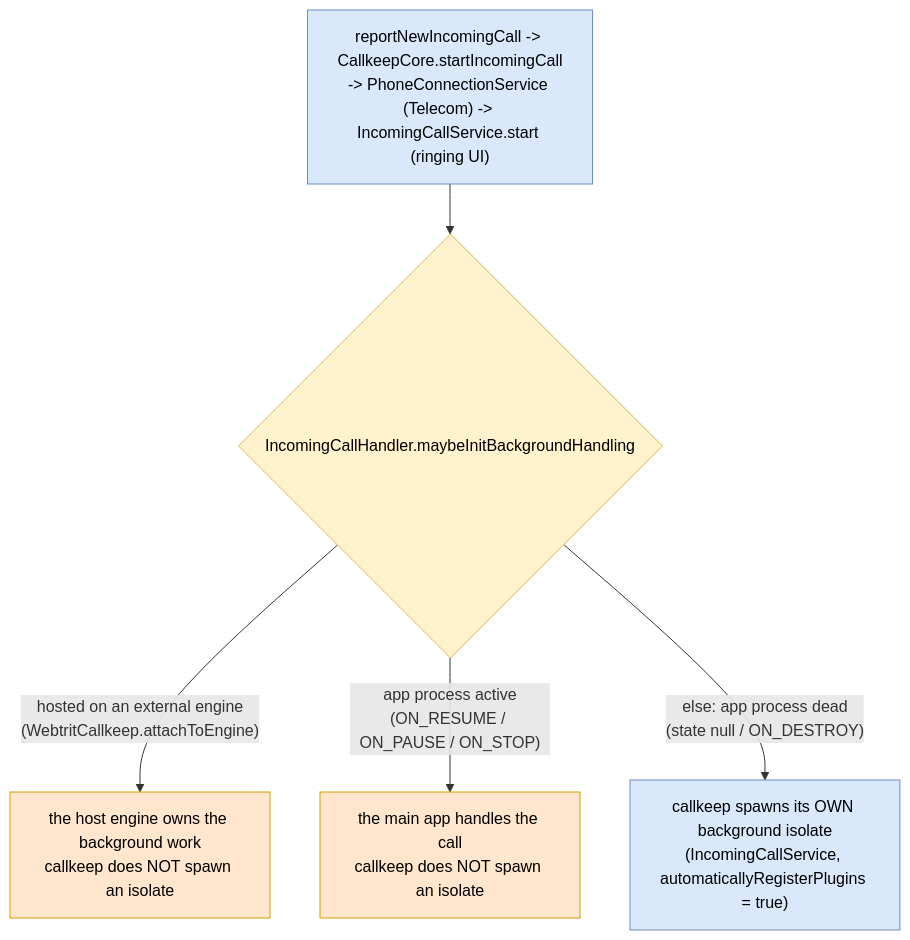
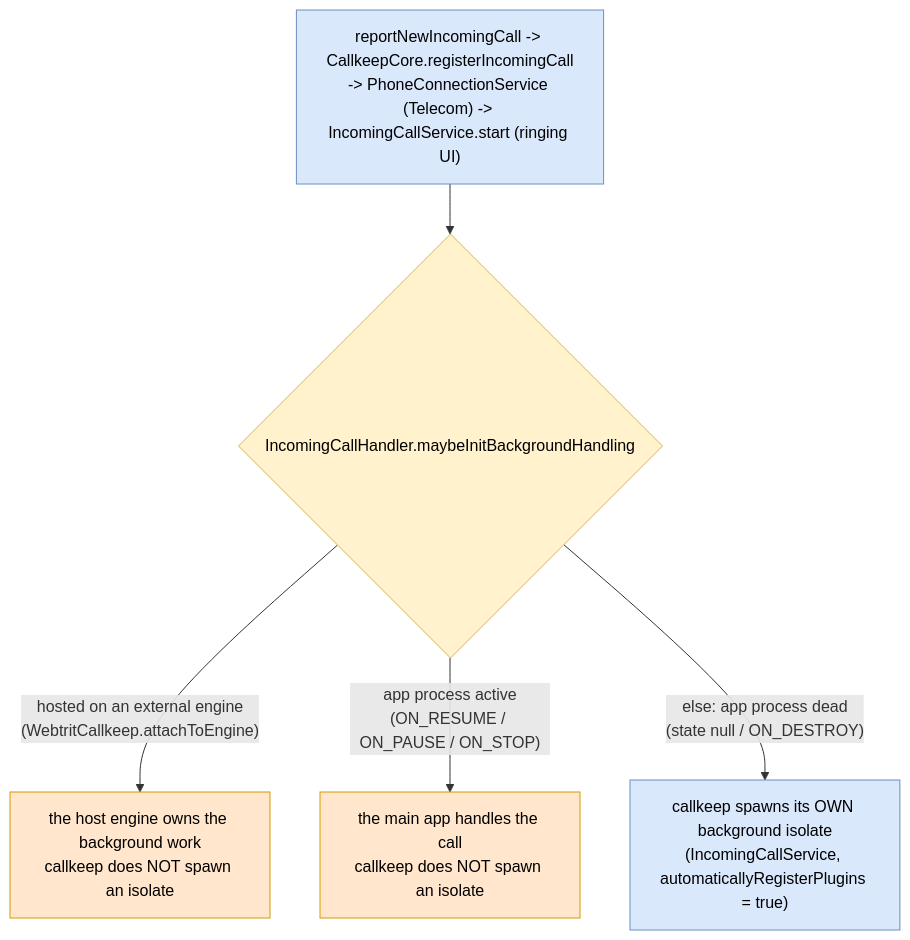
Before and after one commit to portaone/porta-phone-mobile-app: the first of 2 diagrams in callkeep/webtrit_callkeep_android/docs/incoming-call-handling.md, drawn with Mermaid. The commit also changed 36 other files, not shown here.

````diff
--- a/callkeep/webtrit_callkeep_android/docs/incoming-call-handling.md
+++ b/callkeep/webtrit_callkeep_android/docs/incoming-call-handling.md
@@ -20,14 +20,14 @@
 ```mermaid
 flowchart TB
   classDef ck fill:#dae8fc,stroke:#6c8ebf,color:#000
   classDef app fill:#ffe6cc,stroke:#d79b00,color:#000
   classDef ext fill:#f5f5f5,stroke:#999999,color:#000
   classDef dec fill:#fff2cc,stroke:#d6b656,color:#000
 
-  IN["reportNewIncomingCall -> CallkeepCore.startIncomingCall<br/>-> PhoneConnectionService (Telecom) -> IncomingCallService.start (ringing UI)"]:::ck
+  IN["reportNewIncomingCall -> CallkeepCore.registerIncomingCall<br/>-> PhoneConnectionService (Telecom) -> IncomingCallService.start (ringing UI)"]:::ck
   GATE{"IncomingCallHandler.maybeInitBackgroundHandling"}:::dec
   IN --> GATE
   GATE -- "hosted on an external engine<br/>(WebtritCallkeep.attachToEngine)" --> HOST["the host engine owns the background work<br/>callkeep does NOT spawn an isolate"]:::app
   GATE -- "app process active<br/>(ON_RESUME / ON_PAUSE / ON_STOP)" --> MAIN["the main app handles the call<br/>callkeep does NOT spawn an isolate"]:::app
   GATE -- "else: app process dead<br/>(state null / ON_DESTROY)" --> OWN["callkeep spawns its OWN background isolate<br/>(IncomingCallService, automaticallyRegisterPlugins = true)"]:::ck
 ```
````
